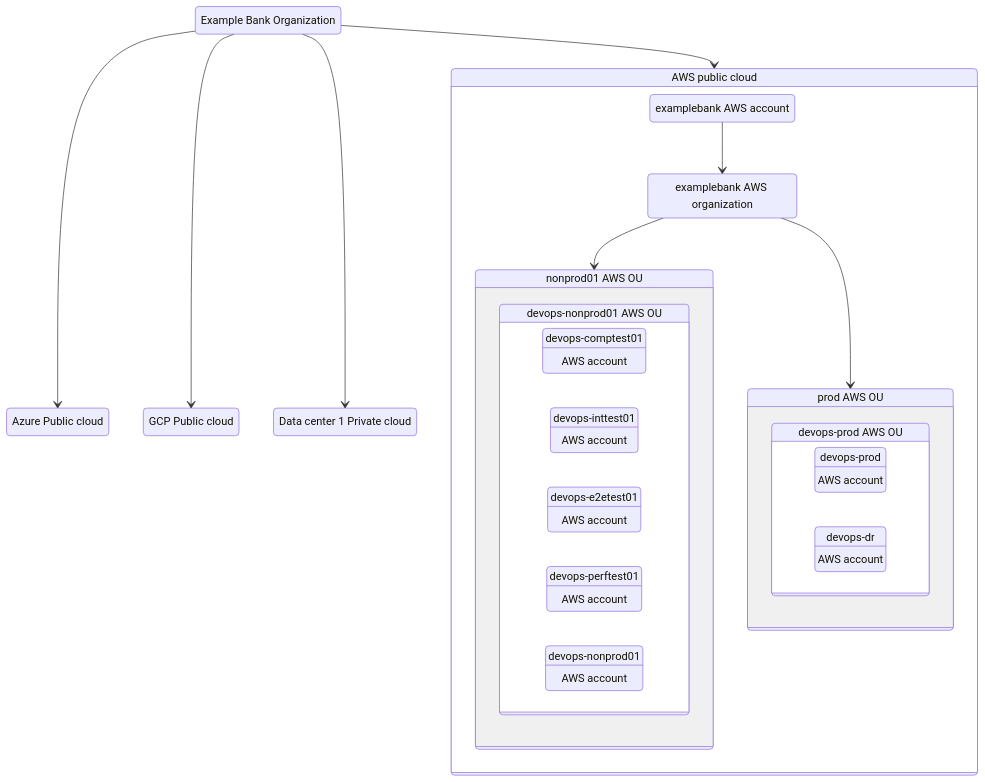
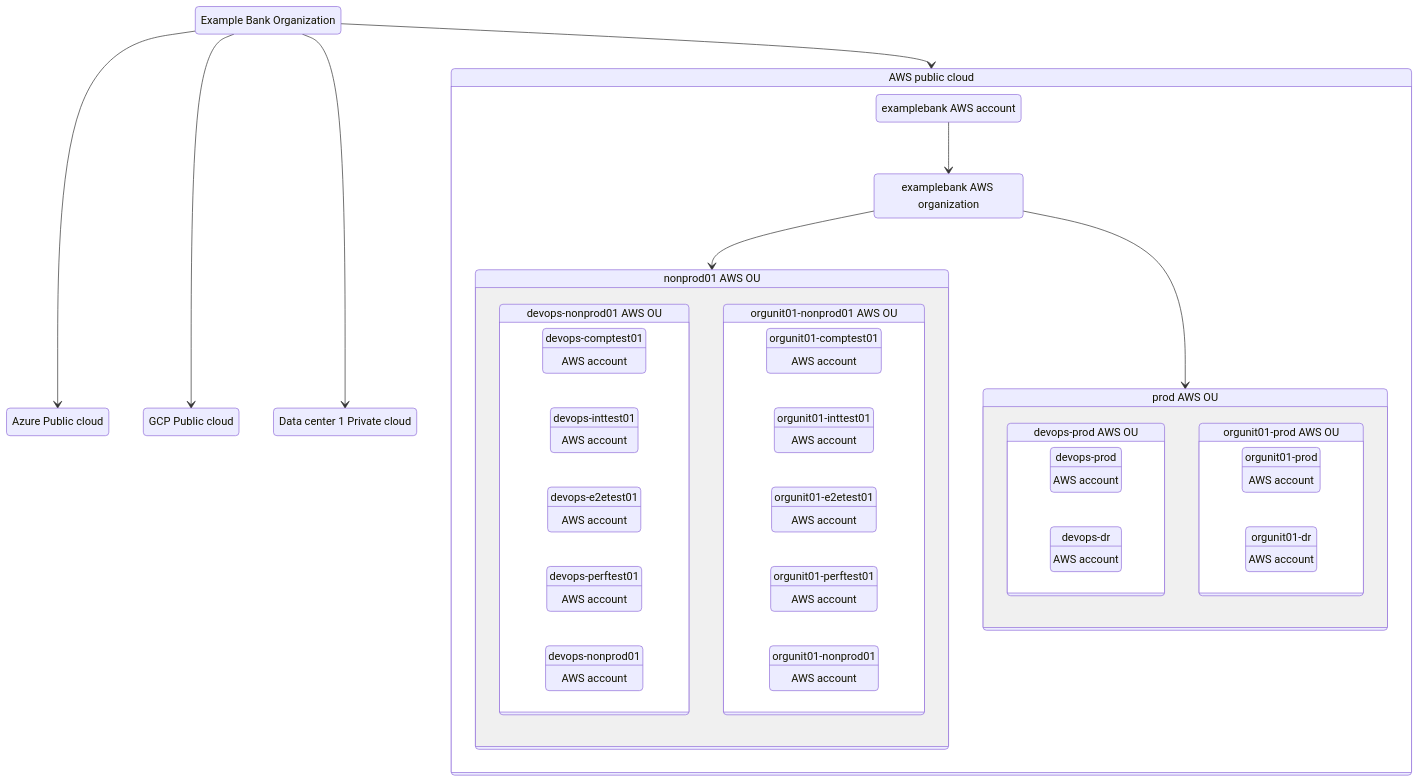
The diagram in mermaid_test.md (sagarvelankar/tutorials), drawn with Mermaid before and after one commit.

Commit message:
update mermaid diagram

````diff
--- a/mermaid_test.md
+++ b/mermaid_test.md
@@ -1,48 +1,70 @@
 ```mermaid
 stateDiagram-v2
     classDef badBadEvent fill : #f00,color:white,font-weight:bold,stroke-width:2px,stroke:yellow
     example_bank_organization : Example Bank Organization
     aws_public_cloud : AWS public cloud
     example_bank_organization --> aws_public_cloud
     state aws_public_cloud {
         examplebank_aws_account : examplebank AWS account
         examplebank_aws_organization : examplebank AWS organization
         examplebank_aws_account --> examplebank_aws_organization
         nonprod01_aws_ou : nonprod01 AWS OU
         examplebank_aws_organization --> nonprod01_aws_ou
         state nonprod01_aws_ou {
             devops_nonprod01_aws_ou : devops-nonprod01 AWS OU
             state devops_nonprod01_aws_ou {
                 direction LR
                 devops_comptest01_aws_account : devops-comptest01
                 devops_comptest01_aws_account : AWS account
                 devops_inttest01_aws_account : devops-inttest01
                 devops_inttest01_aws_account : AWS account
                 devops_e2etest01_aws_account : devops-e2etest01
                 devops_e2etest01_aws_account : AWS account
                 devops_perftest01_aws_account : devops-perftest01
                 devops_perftest01_aws_account : AWS account
                 devops_nonprod01_aws_account : devops-nonprod01
                 devops_nonprod01_aws_account : AWS account
             }
+            orgunit01_nonprod01_aws_ou : orgunit01-nonprod01 AWS OU
+            state orgunit01_nonprod01_aws_ou {
+                direction LR
+                orgunit01_comptest01_aws_account : orgunit01-comptest01
+                orgunit01_comptest01_aws_account : AWS account
+                orgunit01_inttest01_aws_account : orgunit01-inttest01
+                orgunit01_inttest01_aws_account : AWS account
+                orgunit01_e2etest01_aws_account : orgunit01-e2etest01
+                orgunit01_e2etest01_aws_account : AWS account
+                orgunit01_perftest01_aws_account : orgunit01-perftest01
+                orgunit01_perftest01_aws_account : AWS account
+                orgunit01_nonprod01_aws_account : orgunit01-nonprod01
+                orgunit01_nonprod01_aws_account : AWS account
+            }
         }
         prod_aws_ou : prod AWS OU
         examplebank_aws_organization --> prod_aws_ou
         state prod_aws_ou {
             devops_prod_aws_ou : devops-prod AWS OU
             state devops_prod_aws_ou {
                 direction LR
                 devops_prod_aws_account : devops-prod
                 devops_prod_aws_account : AWS account
                 devops_dr_aws_account : devops-dr
                 devops_dr_aws_account : AWS account            
             }
+            orgunit01_prod_aws_ou : orgunit01-prod AWS OU
+            state orgunit01_prod_aws_ou {
+                direction LR
+                orgunit01_prod_aws_account : orgunit01-prod
+                orgunit01_prod_aws_account : AWS account
+                orgunit01_dr_aws_account : orgunit01-dr
+                orgunit01_dr_aws_account : AWS account            
+            }
         }
     }
     azure_public_cloud : Azure Public cloud
     example_bank_organization --> azure_public_cloud
     gcp_public_cloud : GCP Public cloud
     example_bank_organization --> gcp_public_cloud
     data_center_1_private_cloud : Data center 1 Private cloud
     example_bank_organization --> data_center_1_private_cloud
 ```
````
